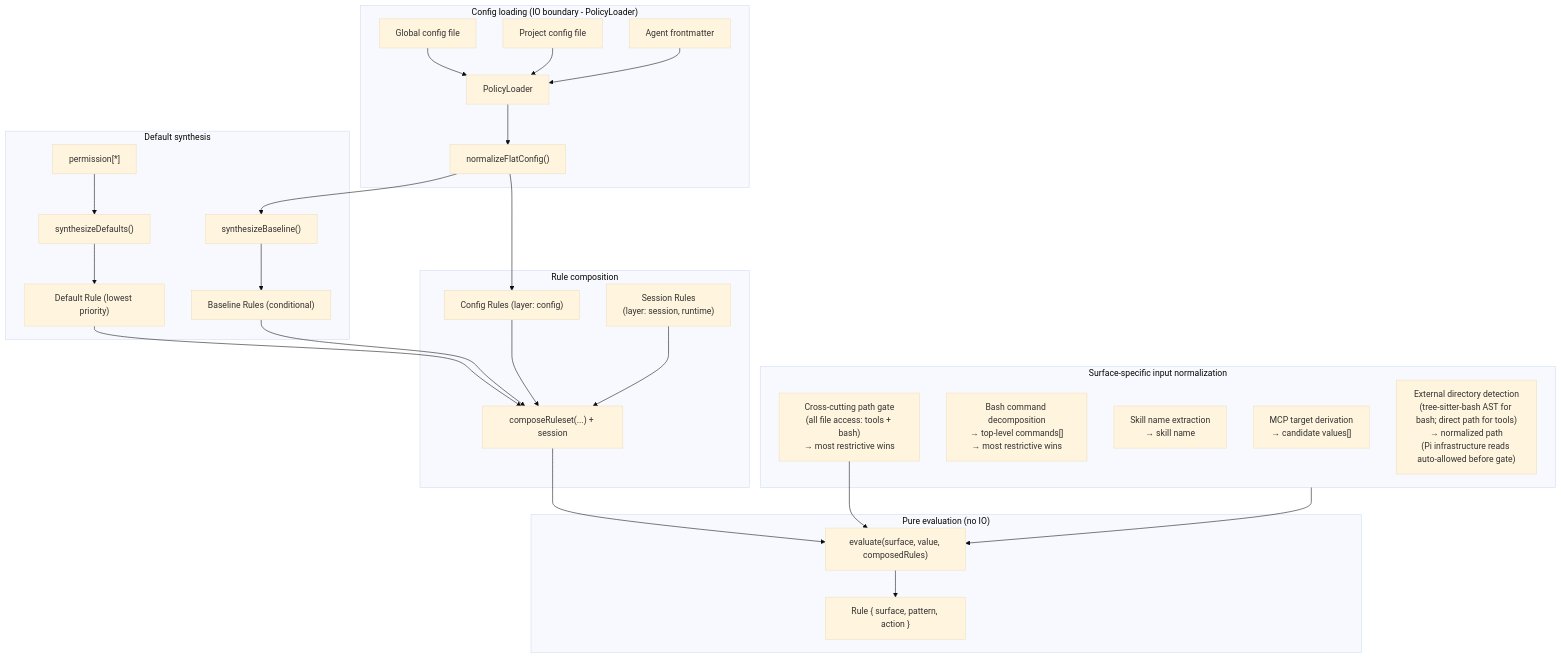
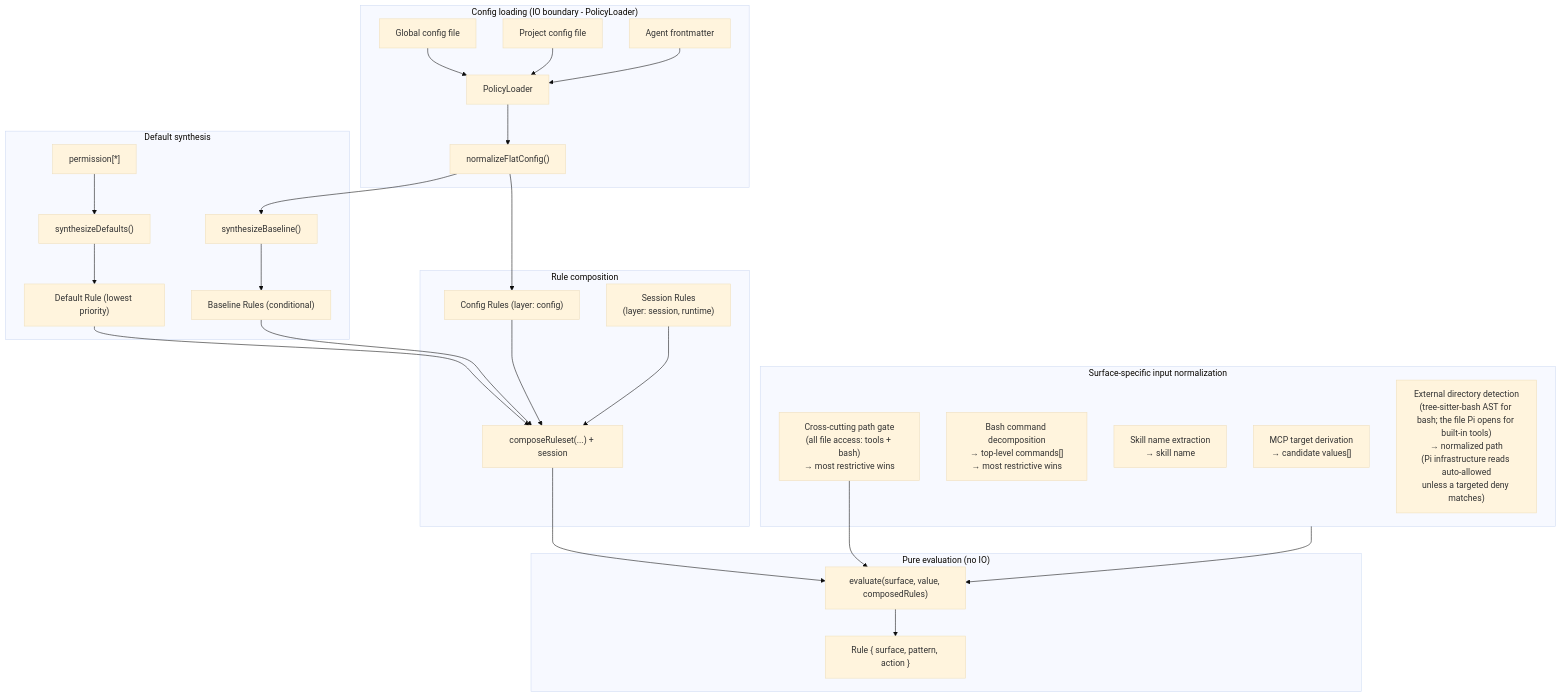
One commit to xzzpig/pi-extensions changed the first of 4 diagrams in docs/architecture/architecture.md. Above: the diagram before and after it, drawn with Mermaid (base theme). The commit also changed other lines of this file and 99 other files, not shown here.

````diff
--- a/docs/architecture/architecture.md
+++ b/docs/architecture/architecture.md
@@ -255,45 +255,45 @@
 ```mermaid
 flowchart TD
     subgraph Load["Config loading (IO boundary - PolicyLoader)"]
         GF["Global config file"]
         PF["Project config file"]
         AF["Agent frontmatter"]
         GF --> PL["PolicyLoader"]
         PF --> PL
         AF --> PL
         PL --> Norm["normalizeFlatConfig()"]
     end
 
     subgraph Defaults["Default synthesis"]
         DP["permission[*]"] --> Synth["synthesizeDefaults()"]
         Synth --> DR["Default Rule (lowest priority)"]
         Norm --> BL["synthesizeBaseline()"]
         BL --> BR["Baseline Rules (conditional)"]
     end
 
     Norm --> CR["Config Rules (layer: config)"]
     SA["Session Rules<br/>(layer: session, runtime)"]
 
     subgraph Compose["Rule composition"]
         DR --> Concat["composeRuleset(...) + session"]
         BR --> Concat
         CR --> Concat
         SA --> Concat
     end
 
     subgraph Eval["Pure evaluation (no IO)"]
         Concat --> E["evaluate(surface, value, composedRules)"]
         E --> Decision["Rule { surface, pattern, action }"]
     end
 
     subgraph PreProcess["Surface-specific input normalization"]
         MCP["MCP target derivation<br/>→ candidate values[]"]
         Bash["Bash command decomposition<br/>→ top-level commands[]<br/>→ most restrictive wins"]
         Skill["Skill name extraction<br/>→ skill name"]
         PathGate["Cross-cutting path gate<br/>(all file access: tools + bash)<br/>→ most restrictive wins"]
-        ExtDir["External directory detection<br/>(tree-sitter-bash AST for bash; direct path for tools)<br/>→ normalized path<br/>(Pi infrastructure reads auto-allowed before gate)"]
+        ExtDir["External directory detection<br/>(tree-sitter-bash AST for bash; the file Pi opens for built-in tools)<br/>→ normalized path<br/>(Pi infrastructure reads auto-allowed<br/>unless a targeted deny matches)"]
     end
 
     PathGate --> E
     PreProcess --> E
 ```
````
